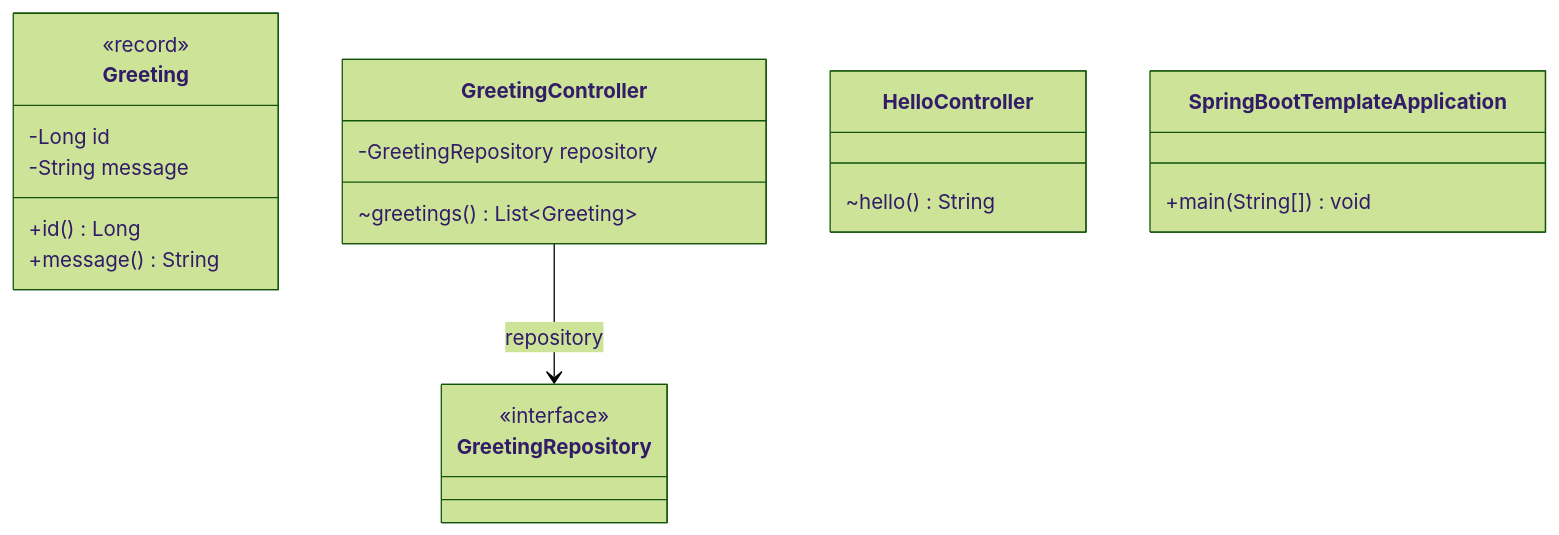
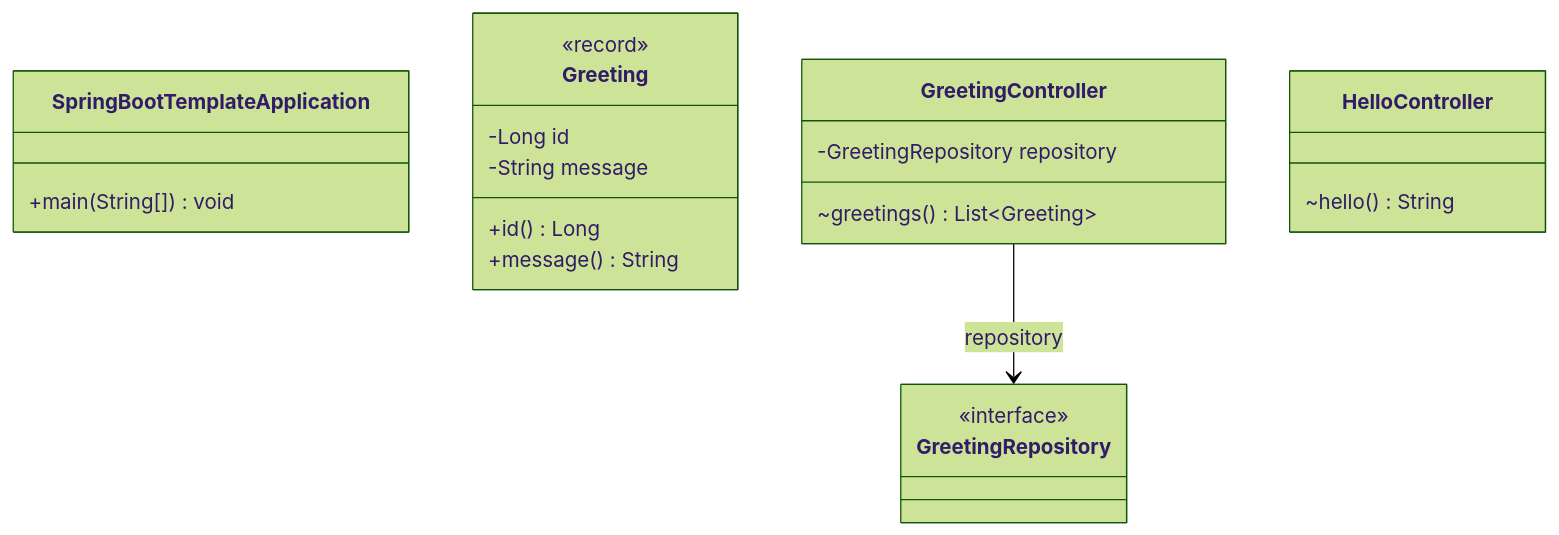
Before and after one commit to kajip/spring-boot-template: the diagram in doc/autogen/class-diagram.md, drawn with Mermaid (forest theme). The commit also changed other lines of this file and 16 other files, not shown here.

````diff
--- a/doc/autogen/class-diagram.md
+++ b/doc/autogen/class-diagram.md
@@ -5,24 +5,24 @@
 ```mermaid
 classDiagram
+  class SpringBootTemplateApplication {
+    +main(String[]) void
+  }
   class Greeting {
     <<record>>
     -Long id
     -String message
     +id() Long
     +message() String
   }
+  class GreetingRepository {
+    <<interface>>
+  }
   class GreetingController {
     -GreetingRepository repository
     ~greetings() List~Greeting~
   }
-  class GreetingRepository {
-    <<interface>>
-  }
   class HelloController {
     ~hello() String
   }
-  class SpringBootTemplateApplication {
-    +main(String[]) void
-  }
   GreetingController --> GreetingRepository : repository
 ```
````
